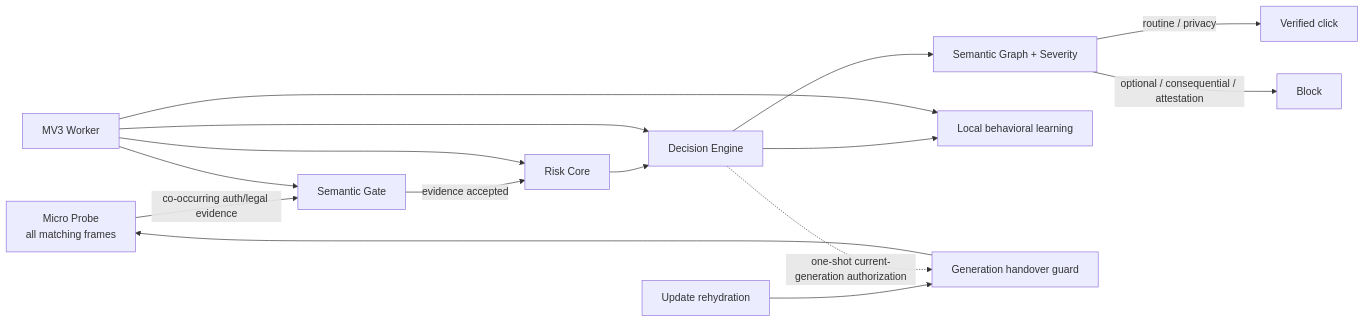
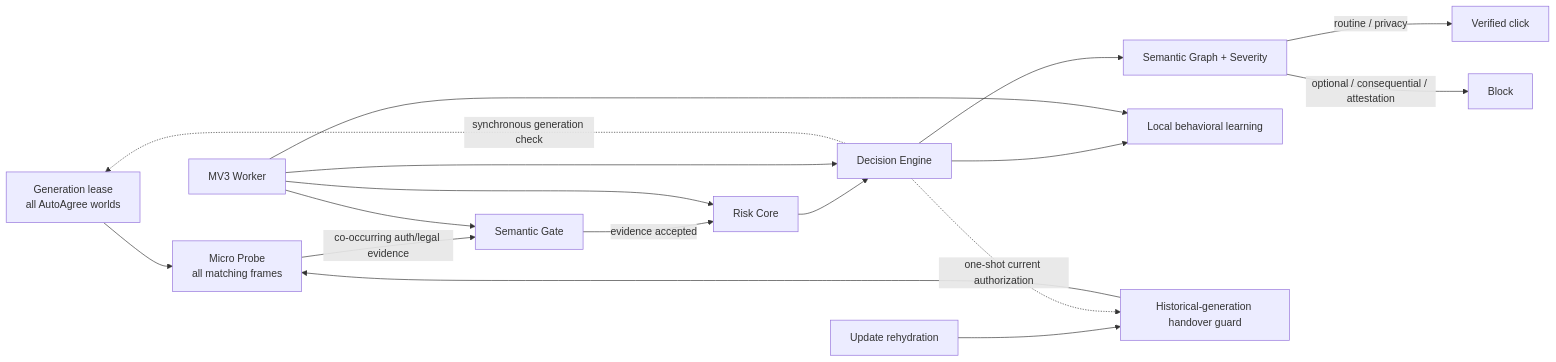
Before and after one commit to QzCrane/auto-agree: the diagram in README.md, drawn with Mermaid. The commit also changed other lines of this file and 32 other files, not shown here.

First line of the commit message:
feat: converge AutoAgree v10 generation authority and release invariants

````diff
--- a/README.md
+++ b/README.md
@@ -21,17 +21,19 @@
 ```mermaid
 flowchart LR
-  P[Micro Probe\nall matching frames] -->|co-occurring auth/legal evidence| G[Semantic Gate]
+  L[Generation lease\nall AutoAgree worlds] --> P[Micro Probe\nall matching frames]
+  P -->|co-occurring auth/legal evidence| G[Semantic Gate]
   G -->|evidence accepted| R[Risk Core]
   R --> E[Decision Engine]
   E --> S[Semantic Graph + Severity]
   S -->|routine / privacy| C[Verified click]
   S -->|optional / consequential / attestation| B[Block]
-  E --> L[Local behavioral learning]
+  E --> V[Local behavioral learning]
   W[MV3 Worker] --> G
   W --> R
   W --> E
-  W --> L
-  U[Update rehydration] --> H[Generation handover guard]
+  W --> V
+  U[Update rehydration] --> H[Historical-generation handover guard]
   H --> P
-  E -. one-shot current-generation authorization .-> H
+  E -. one-shot current authorization .-> H
+  E -. synchronous generation check .-> L
 ```
````
